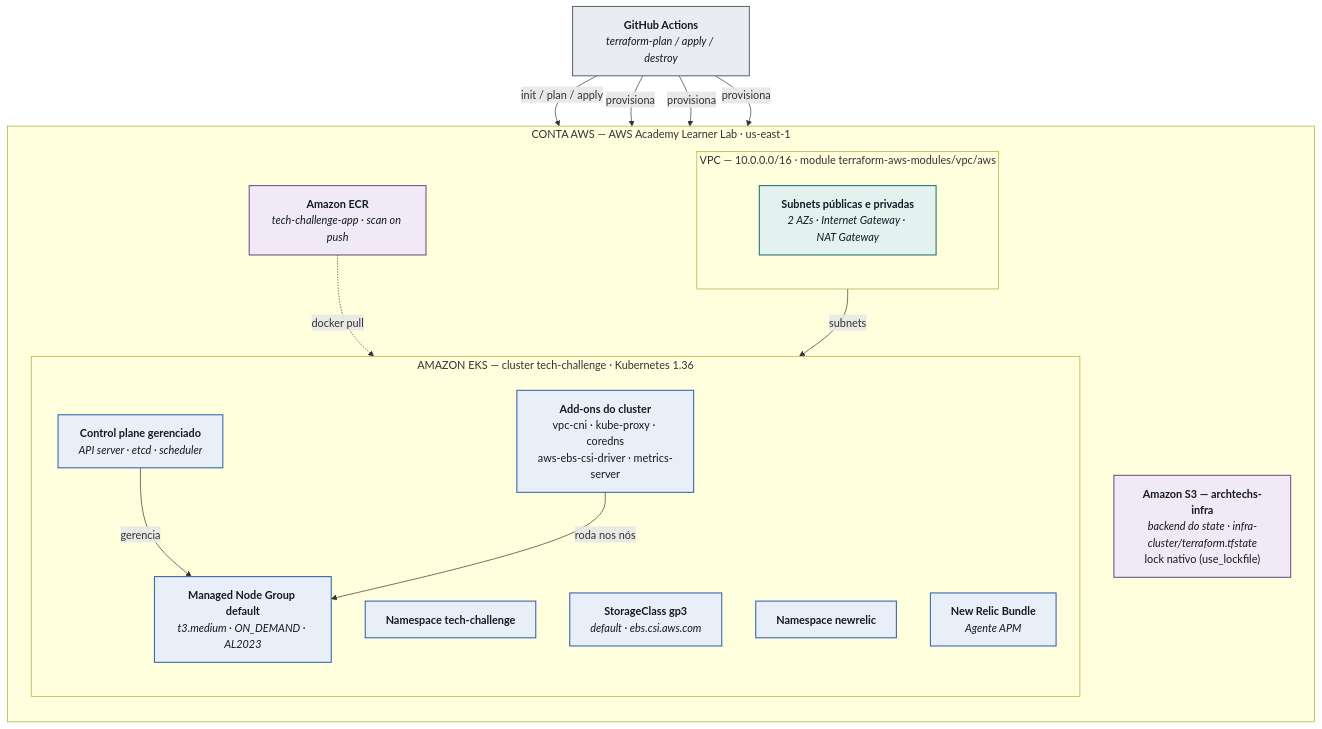
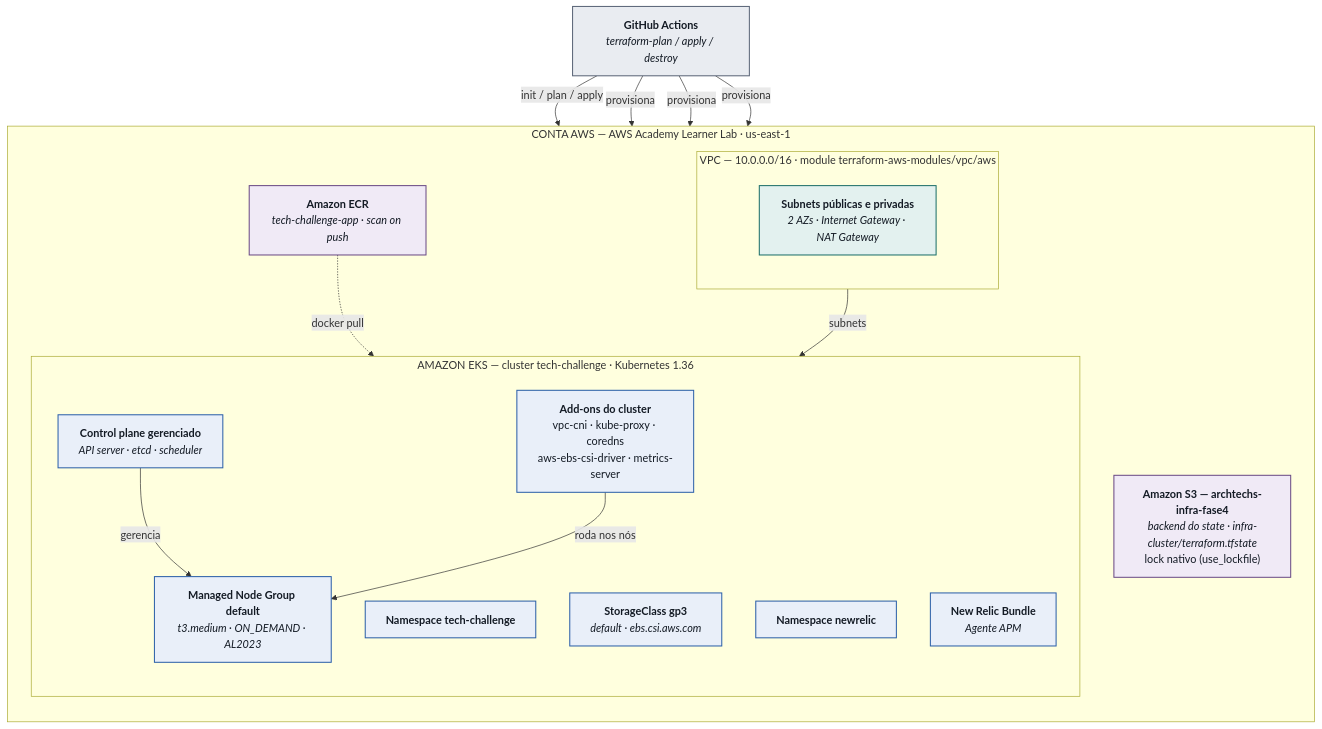
Before and after one commit to rafaelllsilva/fiap-fase3-infraestrutura: the diagram in README.md, drawn with Mermaid. The commit also changed other lines of this file and 4 other files, not shown here.

````diff
--- a/README.md
+++ b/README.md
@@ -65,46 +65,46 @@
 ```mermaid
 flowchart TB
   classDef externo fill:#E9ECF1,stroke:#5A6577,stroke-width:1.5px,color:#131A24
   classDef rede    fill:#E3F1EF,stroke:#1B6E68,stroke-width:1.5px,color:#131A24
   classDef k8s     fill:#E9EFF9,stroke:#2B5FA8,stroke-width:1.5px,color:#131A24
   classDef dados   fill:#F0EAF6,stroke:#6A4A85,stroke-width:1.5px,color:#131A24
 
   ci["<b>GitHub Actions</b><br/><i>terraform-plan / apply / destroy</i>"]
 
   subgraph aws["CONTA AWS — AWS Academy Learner Lab · us-east-1"]
     direction TB
 
-    state["<b>Amazon S3 — archtechs-infra</b><br/><i>backend do state · infra-cluster/terraform.tfstate</i><br/>lock nativo (use_lockfile)"]
+    state["<b>Amazon S3 — archtechs-infra-fase4</b><br/><i>backend do state · infra-cluster/terraform.tfstate</i><br/>lock nativo (use_lockfile)"]
     ecr["<b>Amazon ECR</b><br/><i>tech-challenge-app · scan on push</i>"]
 
     subgraph vpc["VPC — 10.0.0.0/16 · module terraform-aws-modules/vpc/aws"]
       direction TB
       net["<b>Subnets públicas e privadas</b><br/><i>2 AZs · Internet Gateway · NAT Gateway</i>"]
     end
 
     subgraph eks["AMAZON EKS — cluster tech-challenge · Kubernetes 1.36"]
       direction TB
       cp["<b>Control plane gerenciado</b><br/><i>API server · etcd · scheduler</i>"]
       addons["<b>Add-ons do cluster</b><br/>vpc-cni · kube-proxy · coredns<br/>aws-ebs-csi-driver · metrics-server"]
       ng["<b>Managed Node Group default</b><br/><i>t3.medium · ON_DEMAND · AL2023</i>"]
       ns["<b>Namespace tech-challenge</b>"]
       sc["<b>StorageClass gp3</b><br/><i>default · ebs.csi.aws.com</i>"]
       nsnr["<b>Namespace newrelic</b>"]
       nrbundle["<b>New Relic Bundle</b><br/><i>Agente APM</i>"]
     end
   end
 
   ci -->|"init / plan / apply"| state
   ci -->|"provisiona"| vpc
   ci -->|"provisiona"| eks
   ci -->|"provisiona"| ecr
 
   net -->|"subnets"| ng
   cp  -->|"gerencia"| ng
   addons -->|"roda nos nós"| ng
   ecr -.->|"docker pull"| ng
   class ci,consumidores externo
   class net rede
   class cp,addons,ng,ns,sc,nsnr,nrbundle k8s
   class state,ecr dados
 ```
````
